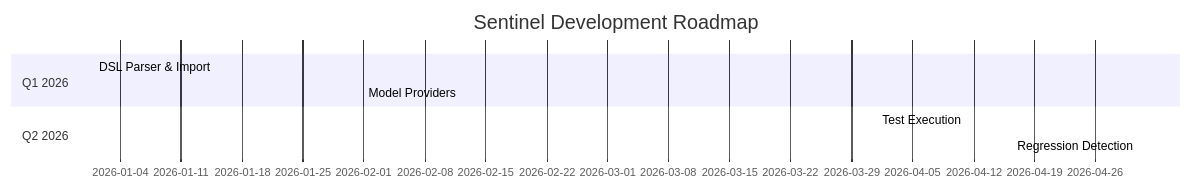
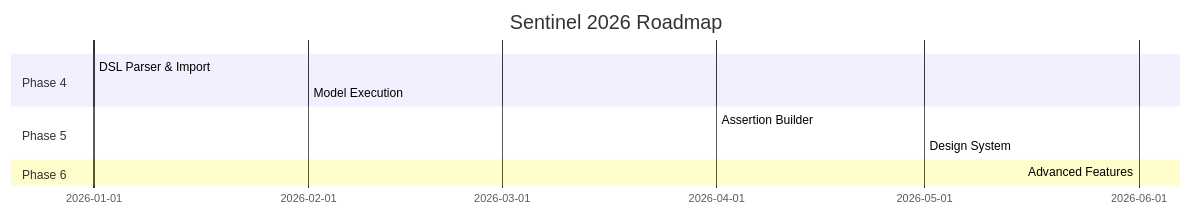
The second of 2 diagrams in README.md (navam-io/sentinel), drawn with Mermaid before and after one commit. The commit also changed other lines of this file, not shown here.

First line of the commit message:
docs: Create comprehensive README.md with professional design

````diff
--- a/README.md
+++ b/README.md
@@ -392,11 +491,13 @@
 ```mermaid
 gantt
-    title Sentinel Development Roadmap
+    title Sentinel 2026 Roadmap
     dateFormat  YYYY-MM
-    section Q1 2026
+    section Phase 4
     DSL Parser & Import      :2026-01, 2m
-    Model Providers          :2026-02, 2m
-    section Q2 2026
-    Test Execution           :2026-04, 1m
-    Regression Detection     :2026-05, 2m
+    Model Execution          :2026-02, 2m
+    section Phase 5
+    Assertion Builder        :2026-04, 1m
+    Design System            :2026-05, 1m
+    section Phase 6
+    Advanced Features        :2026-06, 3m
 ```
````
